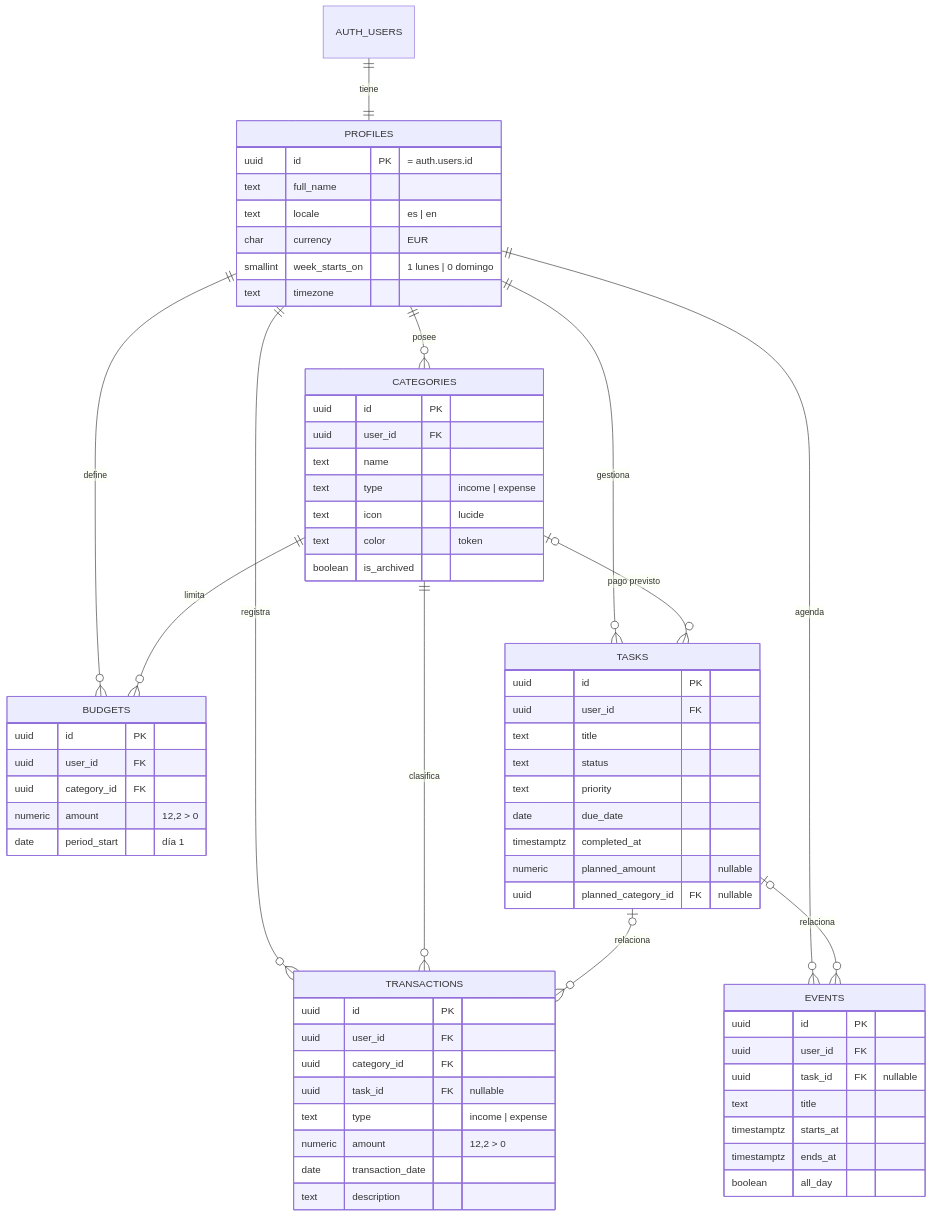
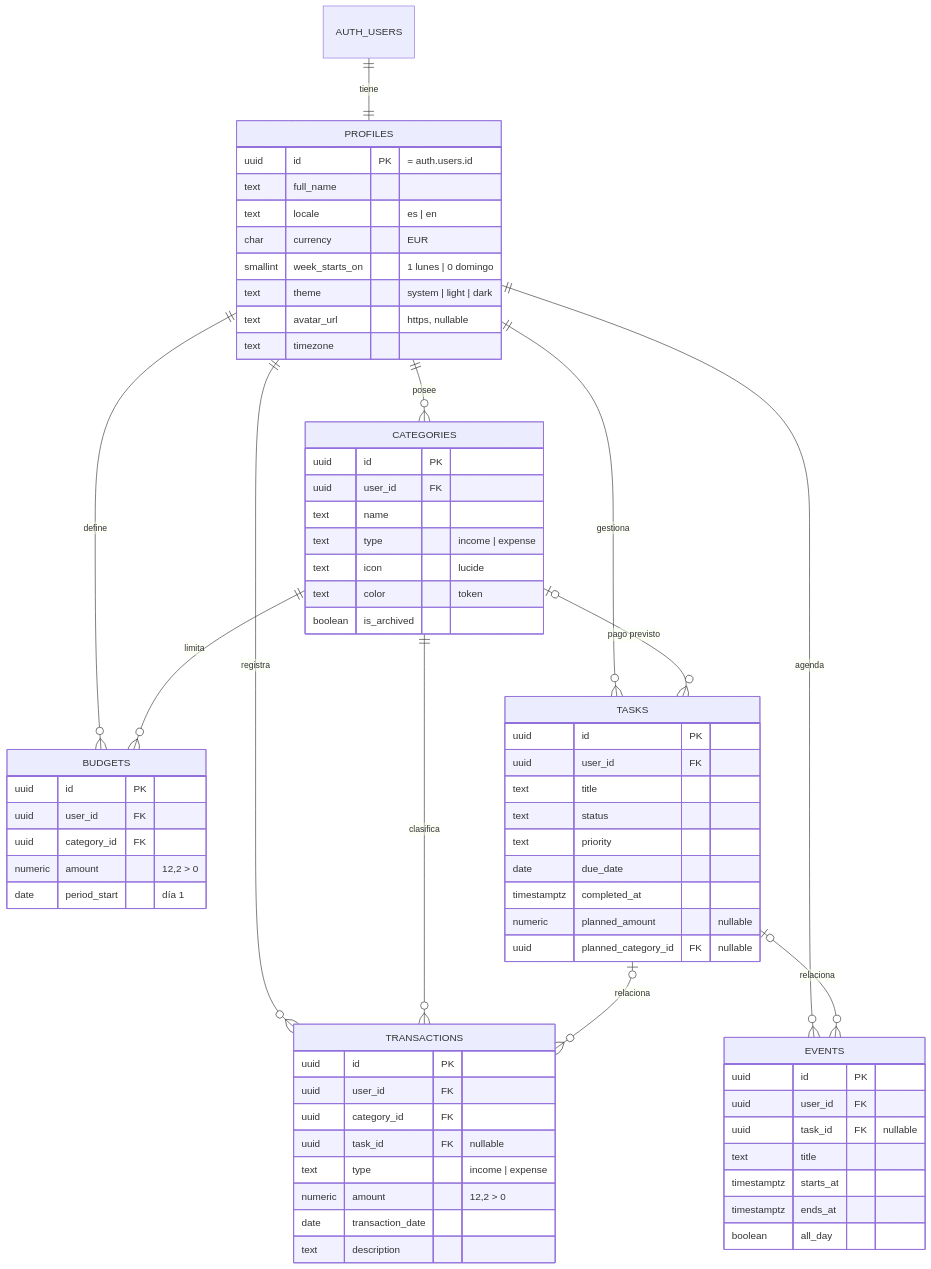
The diagram in docs/06-modelo-datos.md (srdgz/nexo), drawn with Mermaid before and after one commit. The commit also changed other lines of this file and 2 other files, not shown here.

Commit message:
docs: describe the profile photo storage

````diff
--- a/docs/06-modelo-datos.md
+++ b/docs/06-modelo-datos.md
@@ -5,69 +5,71 @@
 ```mermaid
 erDiagram
   AUTH_USERS ||--|| PROFILES : "tiene"
   PROFILES ||--o{ CATEGORIES : "posee"
   PROFILES ||--o{ TRANSACTIONS : "registra"
   PROFILES ||--o{ BUDGETS : "define"
   PROFILES ||--o{ TASKS : "gestiona"
   PROFILES ||--o{ EVENTS : "agenda"
   CATEGORIES ||--o{ TRANSACTIONS : "clasifica"
   CATEGORIES ||--o{ BUDGETS : "limita"
   CATEGORIES |o--o{ TASKS : "pago previsto"
   TASKS |o--o{ TRANSACTIONS : "relaciona"
   TASKS |o--o{ EVENTS : "relaciona"
 
   PROFILES {
     uuid id PK "= auth.users.id"
     text full_name
     text locale "es | en"
     char currency "EUR"
     smallint week_starts_on "1 lunes | 0 domingo"
+    text theme "system | light | dark"
+    text avatar_url "https, nullable"
     text timezone
   }
   CATEGORIES {
     uuid id PK
     uuid user_id FK
     text name
     text type "income | expense"
     text icon "lucide"
     text color "token"
     boolean is_archived
   }
   TRANSACTIONS {
     uuid id PK
     uuid user_id FK
     uuid category_id FK
     uuid task_id FK "nullable"
     text type "income | expense"
     numeric amount "12,2 > 0"
     date transaction_date
     text description
   }
   BUDGETS {
     uuid id PK
     uuid user_id FK
     uuid category_id FK
     numeric amount "12,2 > 0"
     date period_start "día 1"
   }
   TASKS {
     uuid id PK
     uuid user_id FK
     text title
     text status
     text priority
     date due_date
     timestamptz completed_at
     numeric planned_amount "nullable"
     uuid planned_category_id FK "nullable"
   }
   EVENTS {
     uuid id PK
     uuid user_id FK
     uuid task_id FK "nullable"
     text title
     timestamptz starts_at
     timestamptz ends_at
     boolean all_day
   }
 ```
````
